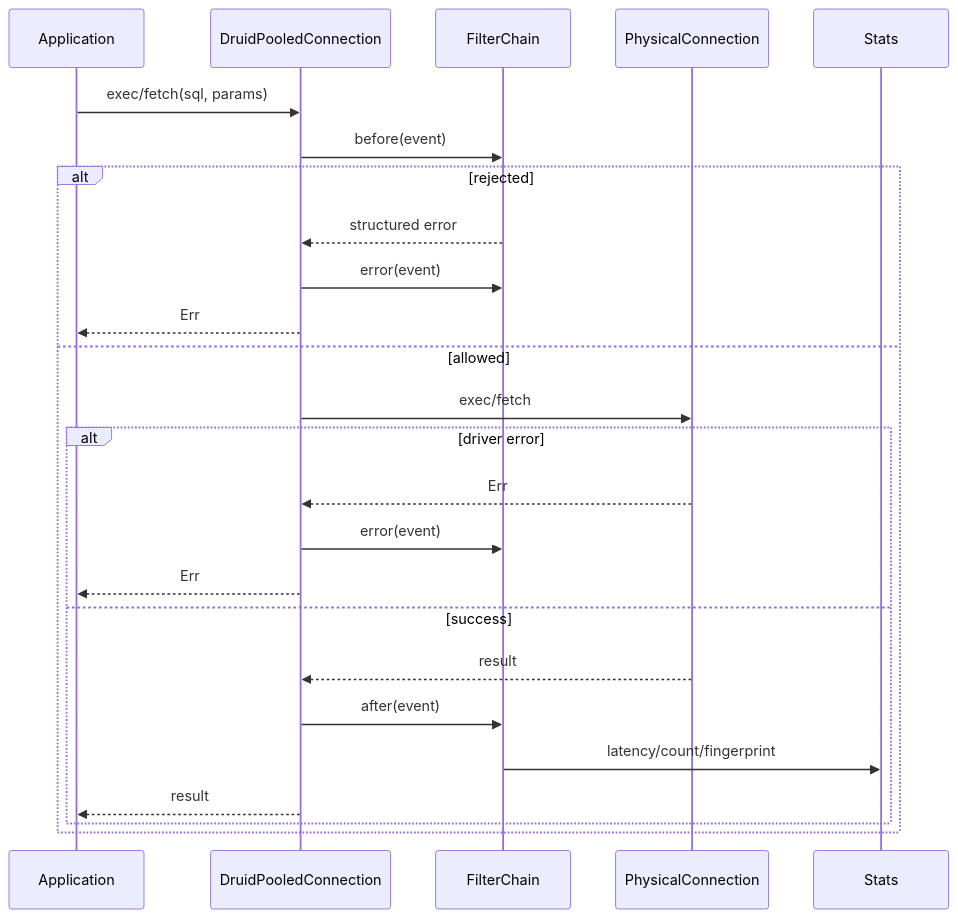
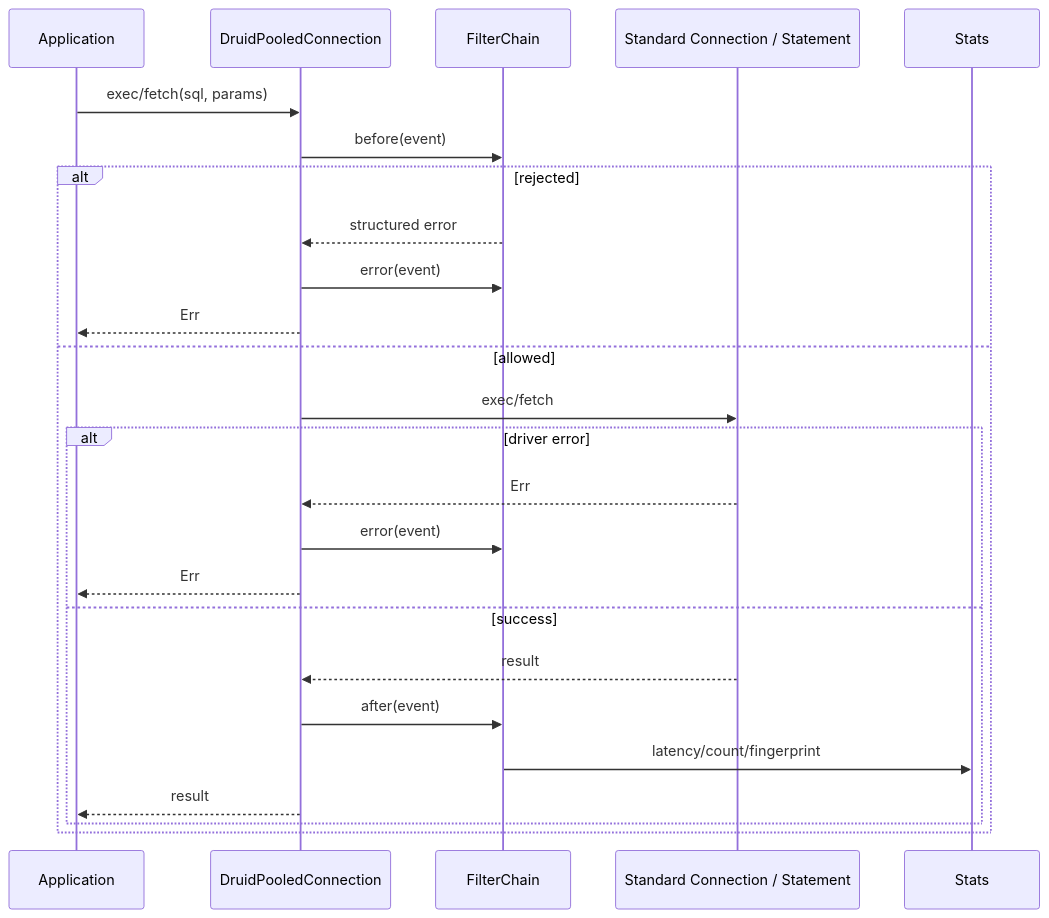
One commit to easy-4-rust/druid-rust changed the fifth of 7 diagrams in docs/druid-rust-Architecture.zh_CN.md. Above: the diagram before and after it, drawn with Mermaid. The commit also changed other lines of this file and 1384 other files, not shown here.

````diff
--- a/docs/druid-rust-Architecture.zh_CN.md
+++ b/docs/druid-rust-Architecture.zh_CN.md
@@ -248,28 +265,28 @@
 ```mermaid
 sequenceDiagram
     participant A as Application
     participant C as DruidPooledConnection
     participant F as FilterChain
-    participant P as PhysicalConnection
+    participant P as Standard Connection / Statement
     participant S as Stats
 
     A->>C: exec/fetch(sql, params)
     C->>F: before(event)
     alt rejected
         F-->>C: structured error
         C->>F: error(event)
         C-->>A: Err
     else allowed
         C->>P: exec/fetch
         alt driver error
             P-->>C: Err
             C->>F: error(event)
             C-->>A: Err
         else success
             P-->>C: result
             C->>F: after(event)
             F->>S: latency/count/fingerprint
             C-->>A: result
         end
     end
 ```
````
